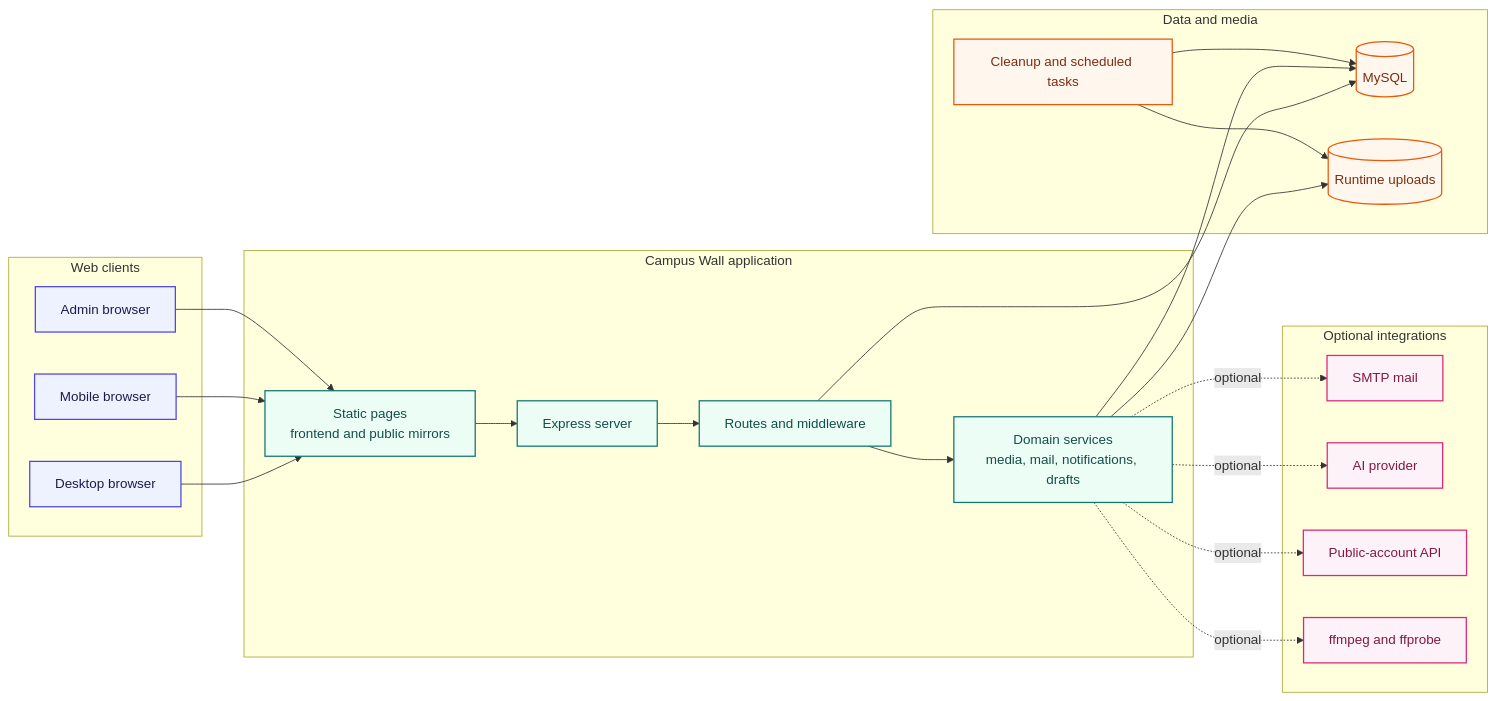
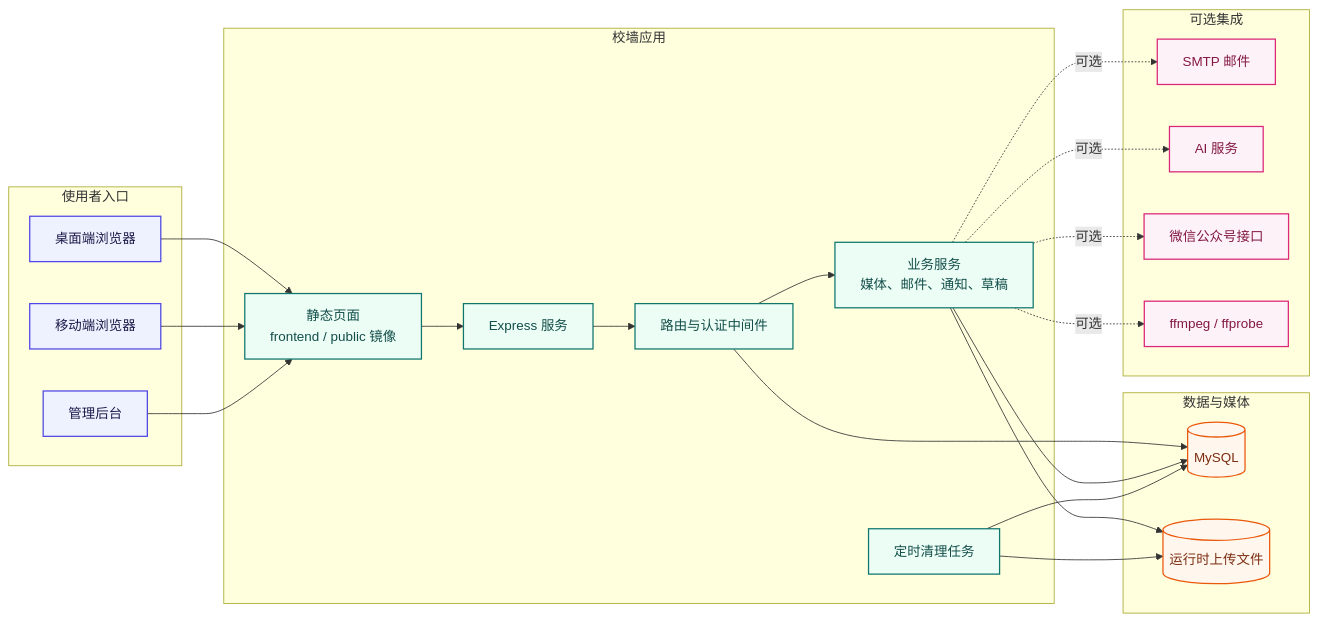
One commit to Jay071023/school_wall changed the diagram in docs/public/architecture.mmd. Above: the diagram before and after it, drawn with Mermaid. The commit also changed 6 other files, not shown here.

```diff
--- a/docs/public/architecture.mmd
+++ b/docs/public/architecture.mmd
@@ -1,46 +1,45 @@
 flowchart LR
   classDef client fill:#eef2ff,stroke:#4f46e5,color:#1e1b4b,stroke-width:1.5px
   classDef app fill:#ecfdf5,stroke:#0f766e,color:#134e4a,stroke-width:1.5px
   classDef data fill:#fff7ed,stroke:#ea580c,color:#7c2d12,stroke-width:1.5px
   classDef external fill:#fdf2f8,stroke:#db2777,color:#831843,stroke-width:1.5px
 
-  subgraph Client[Web clients]
-    Desktop[Desktop browser]:::client
-    Mobile[Mobile browser]:::client
-    Admin[Admin browser]:::client
+  subgraph Client[使用者入口]
+    Desktop[桌面端浏览器]:::client
+    Mobile[移动端浏览器]:::client
+    Admin[管理后台]:::client
   end
 
-  subgraph App[Campus Wall application]
-    Static[Static pages\nfrontend and public mirrors]:::app
-    Server[Express server]:::app
-    Routes[Routes and middleware]:::app
-    Services[Domain services\nmedia, mail, notifications, drafts]:::app
+  subgraph App[校墙应用]
+    Static[静态页面<br/>frontend / public 镜像]:::app
+    Server[Express 服务]:::app
+    Routes[路由与认证中间件]:::app
+    Services[业务服务<br/>媒体、邮件、通知、草稿]:::app
+    Jobs[定时清理任务]:::app
   end
 
-  subgraph Data[Data and media]
+  subgraph Data[数据与媒体]
     DB[(MySQL)]:::data
-    Uploads[(Runtime uploads)]:::data
-    Jobs[Cleanup and scheduled tasks]:::data
+    Uploads[(运行时上传文件)]:::data
   end
 
-  subgraph Integrations[Optional integrations]
-    Mail[SMTP mail]:::external
-    AI[AI provider]:::external
-    Official[Public-account API]:::external
-    Video[ffmpeg and ffprobe]:::external
+  subgraph Integrations[可选集成]
+    Mail[SMTP 邮件]:::external
+    AI[AI 服务]:::external
+    Official[微信公众号接口]:::external
+    Video[ffmpeg / ffprobe]:::external
   end
 
   Desktop --> Static
   Mobile --> Static
   Admin --> Static
-  Static --> Server
-  Server --> Routes --> Services
+  Static --> Server --> Routes --> Services
   Routes --> DB
   Services --> DB
   Services --> Uploads
   Jobs --> Uploads
   Jobs --> DB
-  Services -. optional .-> Mail
-  Services -. optional .-> AI
-  Services -. optional .-> Official
-  Services -. optional .-> Video
+  Services -. 可选 .-> Mail
+  Services -. 可选 .-> AI
+  Services -. 可选 .-> Official
+  Services -. 可选 .-> Video
```
